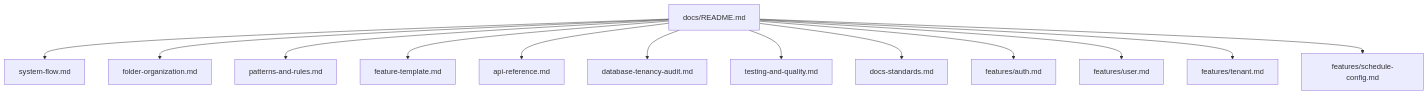
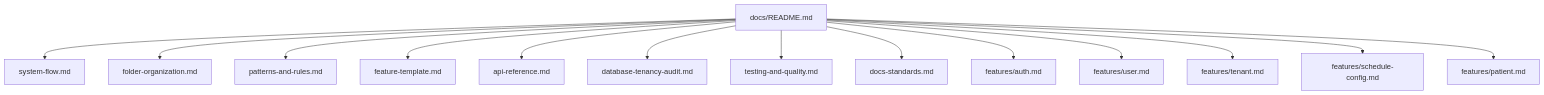
One commit to adriangpo/mindflow-api changed the diagram in docs/README.md. Above: the diagram before and after it, drawn with Mermaid. The commit also changed other lines of this file and 22 other files, not shown here.

````diff
--- a/docs/README.md
+++ b/docs/README.md
@@ -12,15 +12,16 @@
 ```mermaid
 graph TD
     A[docs/README.md] --> B[system-flow.md]
     A --> C[folder-organization.md]
     A --> D[patterns-and-rules.md]
     A --> E[feature-template.md]
     A --> F[api-reference.md]
     A --> G[database-tenancy-audit.md]
     A --> H[testing-and-quality.md]
     A --> I[docs-standards.md]
     A --> J[features/auth.md]
     A --> K[features/user.md]
     A --> L[features/tenant.md]
     A --> M[features/schedule-config.md]
+    A --> N[features/patient.md]
 ```
````
